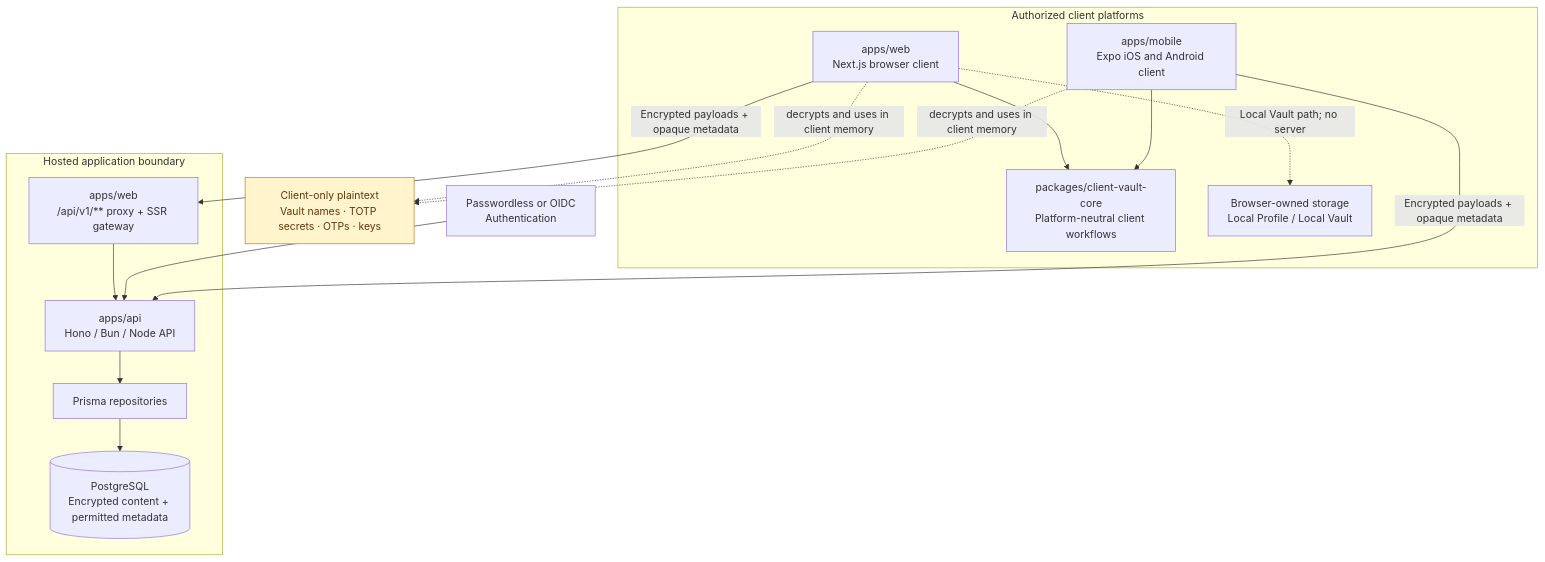
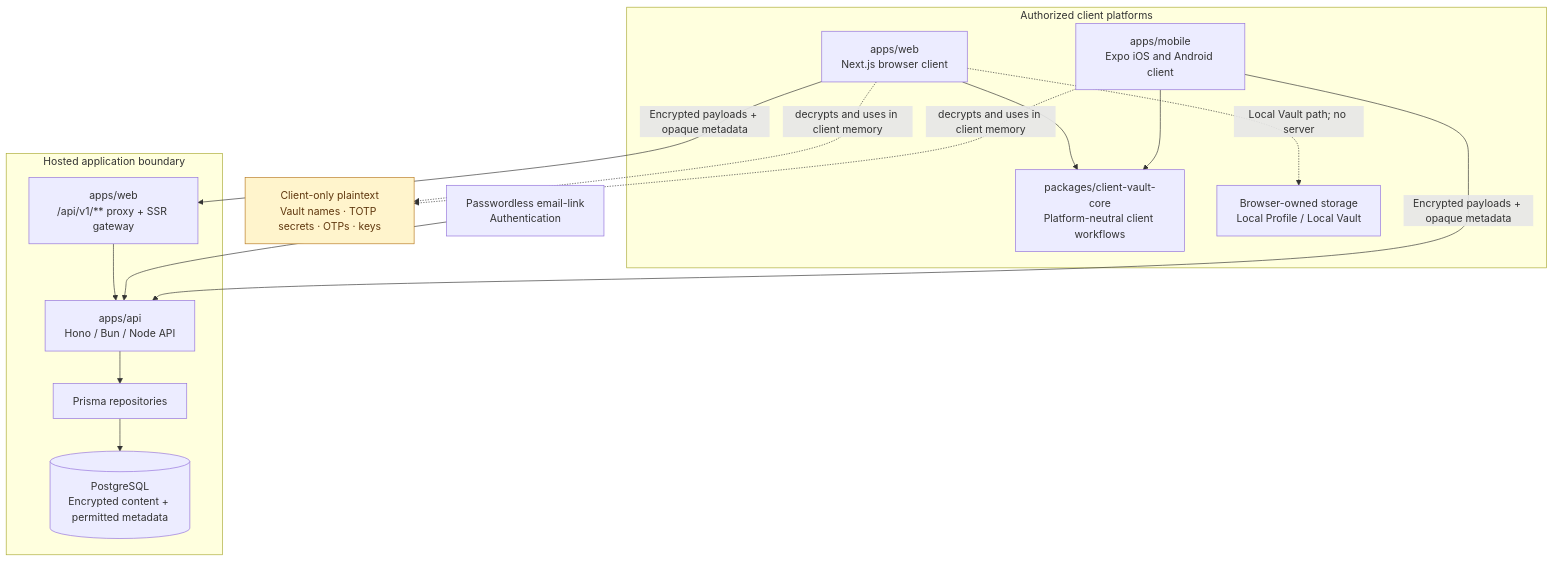
One commit to arrokh/rhasia-scret changed the diagram in README.md. Above: the diagram before and after it, drawn with Mermaid. The commit also changed other lines of this file and 99 other files, not shown here.

First line of the commit message:
[auth][feat] Make hosted sign-in passwordless-only (#236)

````diff
--- a/README.md
+++ b/README.md
@@ -35,31 +35,31 @@
 ```mermaid
 flowchart TB
     subgraph clients["Authorized client platforms"]
         browser["apps/web<br/>Next.js browser client"]
         mobile["apps/mobile<br/>Expo iOS and Android client"]
         core["packages/client-vault-core<br/>Platform-neutral client workflows"]
         local["Browser-owned storage<br/>Local Profile / Local Vault"]
         browser --> core
         mobile --> core
         browser -. "Local Vault path; no server" .-> local
     end
 
     subgraph hosted["Hosted application boundary"]
         api["apps/api<br/>Hono / Bun / Node API"]
         prisma["Prisma repositories"]
         database[("PostgreSQL<br/>Encrypted content + permitted metadata")]
         proxy["apps/web<br/>/api/v1/** proxy + SSR gateway"]
         proxy --> api
         api --> prisma --> database
     end
 
-    auth["Passwordless or OIDC<br/>Authentication"] --> api
+    auth["Passwordless email-link<br/>Authentication"] --> api
     browser -- "Encrypted payloads + opaque metadata" --> proxy
     mobile -- "Encrypted payloads + opaque metadata" --> api
     plaintext["Client-only plaintext<br/>Vault names · TOTP secrets · OTPs · keys"]:::clientOnly
     browser -. "decrypts and uses in client memory" .-> plaintext
     mobile -. "decrypts and uses in client memory" .-> plaintext
 
     classDef clientOnly fill:#fff4cc,stroke:#b7791f,color:#5f370e;
     classDef hosted fill:#edf2f7,stroke:#4a5568,color:#1a202c;
 ```
````
